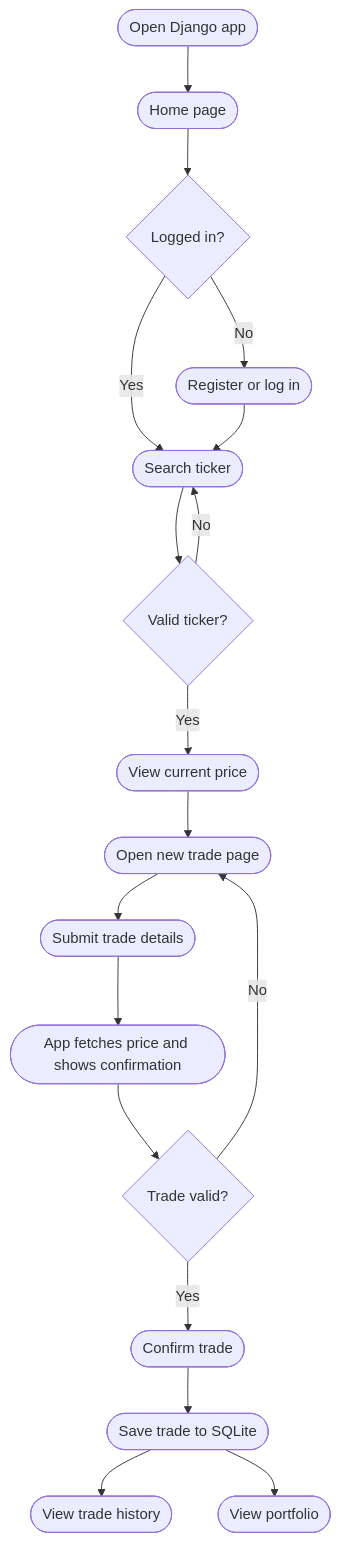
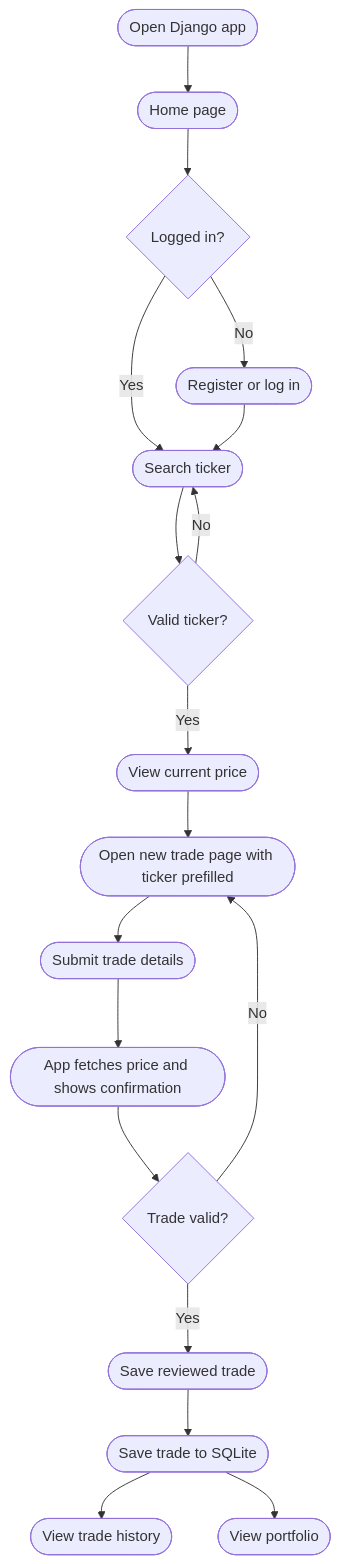
The diagram in Mermaid Diagrams/mvp-user-flow.mmd (noahstephenson/Paper-Trading-App), drawn with Mermaid before and after one commit. The commit also changed 5 other files, not shown here.

```diff
--- a/Mermaid Diagrams/mvp-user-flow.mmd
+++ b/Mermaid Diagrams/mvp-user-flow.mmd
@@ -1,23 +1,23 @@
 flowchart TD
     Open([Open Django app]) --> Home([Home page])
     Home --> LoggedIn{Logged in?}
 
     LoggedIn -- No --> Auth([Register or log in])
     LoggedIn -- Yes --> Search([Search ticker])
     Auth --> Search
 
     Search --> Ticker{Valid ticker?}
     Ticker -- No --> Search
     Ticker -- Yes --> Price([View current price])
 
-    Price --> TradePage([Open new trade page])
+    Price --> TradePage([Open new trade page with ticker prefilled])
     TradePage --> Submit([Submit trade details])
     Submit --> Review([App fetches price and shows confirmation])
 
     Review --> Valid{Trade valid?}
     Valid -- No --> TradePage
-    Valid -- Yes --> Confirm([Confirm trade])
+    Valid -- Yes --> Confirm([Save reviewed trade])
 
     Confirm --> Save([Save trade to SQLite])
     Save --> History([View trade history])
     Save --> Portfolio([View portfolio])
```
